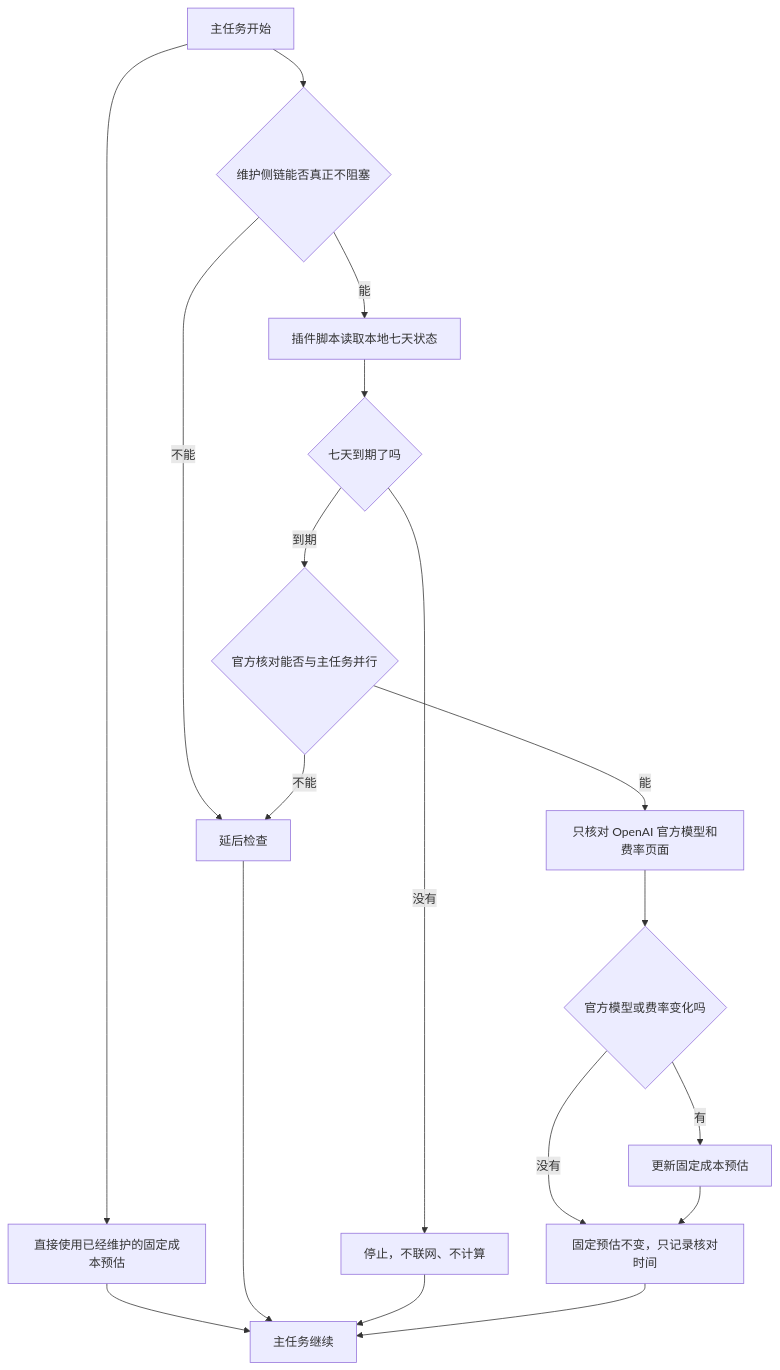
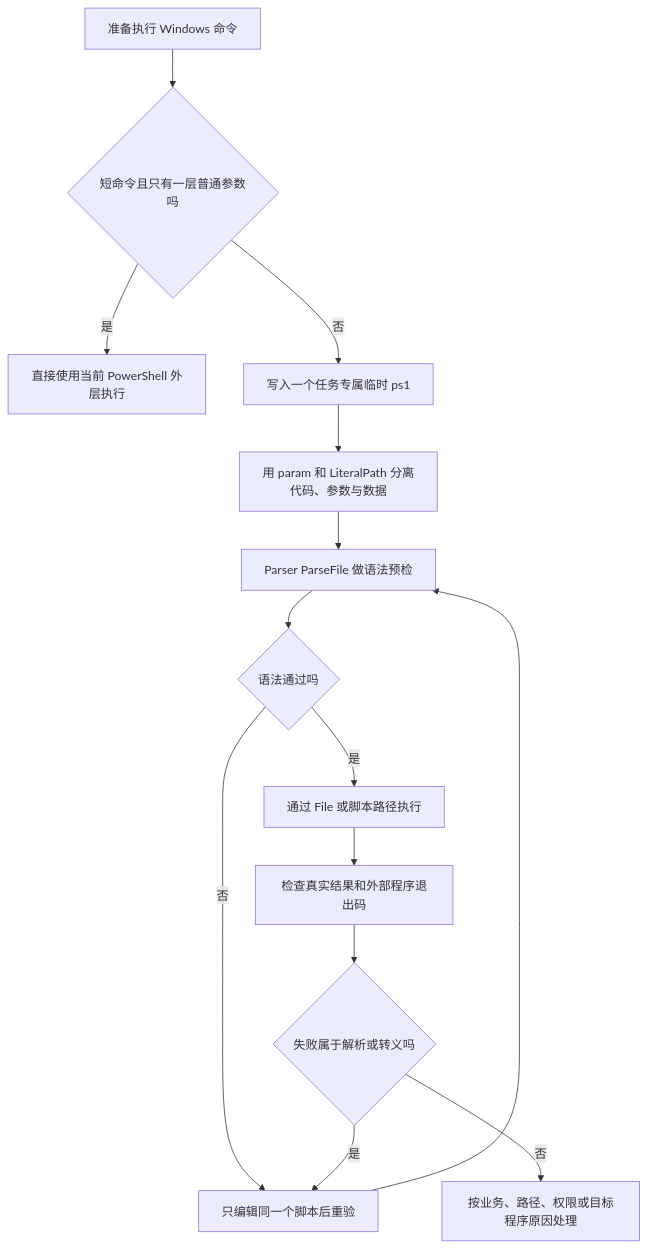
Before and after one commit to Lang45/codex-lean-stack: the third of 17 diagrams in skills/lean-stack/references/flowcharts-zh.md, drawn with Mermaid. The commit also changed other lines of this file and 26 other files, not shown here.

````diff
--- a/skills/lean-stack/references/flowcharts-zh.md
+++ b/skills/lean-stack/references/flowcharts-zh.md
@@ -335,20 +72,16 @@
 ```mermaid
 flowchart TD
-    A[主任务开始] --> B[直接使用已经维护的固定成本预估]
-    A --> C{维护侧链能否真正不阻塞}
-    C -->|不能| D[延后检查]
-    C -->|能| E[插件脚本读取本地七天状态]
-    E --> F{七天到期了吗}
-    F -->|没有| G[停止，不联网、不计算]
-    F -->|到期| H{官方核对能否与主任务并行}
-    H -->|不能| D
-    H -->|能| I[只核对 OpenAI 官方模型和费率页面]
-    I --> J{官方模型或费率变化吗}
-    J -->|没有| K[固定预估不变，只记录核对时间]
-    J -->|有| L[更新固定成本预估]
-    L --> K
-    B --> M[主任务继续]
-    D --> M
-    G --> M
-    K --> M
+    A[准备执行 Windows 命令] --> B{短命令且只有一层普通参数吗}
+    B -->|是| C[直接使用当前 PowerShell 外层执行]
+    B -->|否| D[写入一个任务专属临时 ps1]
+    D --> E[用 param 和 LiteralPath 分离代码、参数与数据]
+    E --> F[Parser ParseFile 做语法预检]
+    F --> G{语法通过吗}
+    G -->|否| H[只编辑同一个脚本后重验]
+    H --> F
+    G -->|是| I[通过 File 或脚本路径执行]
+    I --> J[检查真实结果和外部程序退出码]
+    J --> K{失败属于解析或转义吗}
+    K -->|是| H
+    K -->|否| L[按业务、路径、权限或目标程序原因处理]
 ```
````
